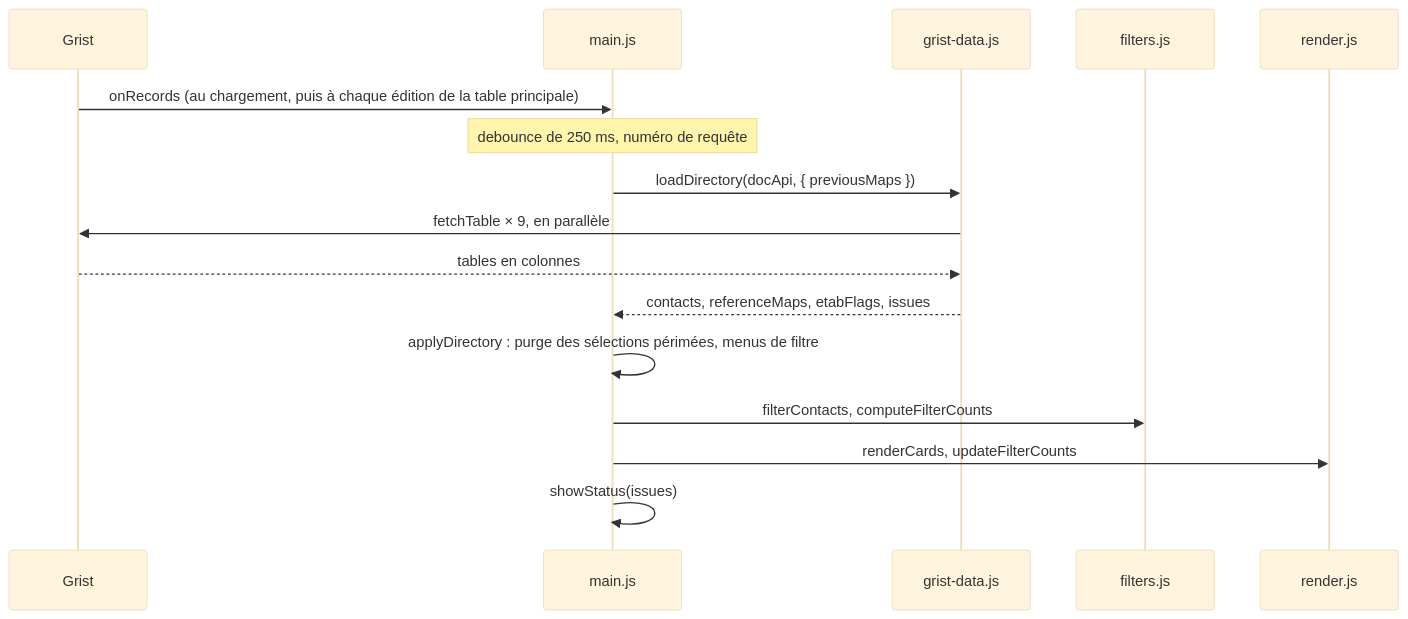
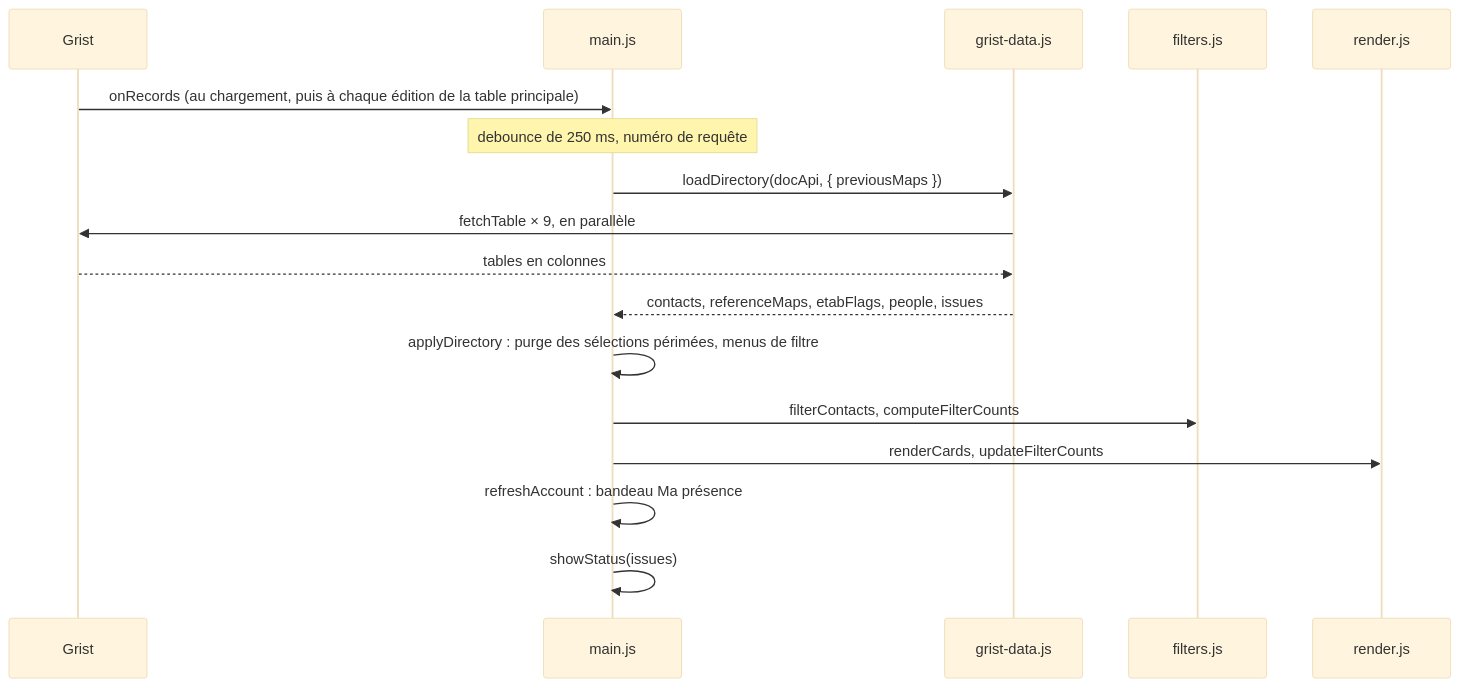
One commit to lombre33/Annuaire_PUI_Bordeaux changed the third of 5 diagrams in docs/developpeurs.md. Above: the diagram before and after it, drawn with Mermaid (base theme). The commit also changed other lines of this file and 11 other files, not shown here.

````diff
--- a/docs/developpeurs.md
+++ b/docs/developpeurs.md
@@ -109,18 +124,19 @@
 ```mermaid
 sequenceDiagram
     participant G as Grist
     participant M as main.js
     participant D as grist-data.js
     participant F as filters.js
     participant R as render.js
     G->>M: onRecords (au chargement, puis à chaque édition de la table principale)
     Note over M: debounce de 250 ms, numéro de requête
     M->>D: loadDirectory(docApi, { previousMaps })
     D->>G: fetchTable × 9, en parallèle
     G-->>D: tables en colonnes
-    D-->>M: contacts, referenceMaps, etabFlags, issues
+    D-->>M: contacts, referenceMaps, etabFlags, people, issues
     M->>M: applyDirectory : purge des sélections périmées, menus de filtre
     M->>F: filterContacts, computeFilterCounts
     M->>R: renderCards, updateFilterCounts
+    M->>M: refreshAccount : bandeau Ma présence
     M->>M: showStatus(issues)
 ```
````
